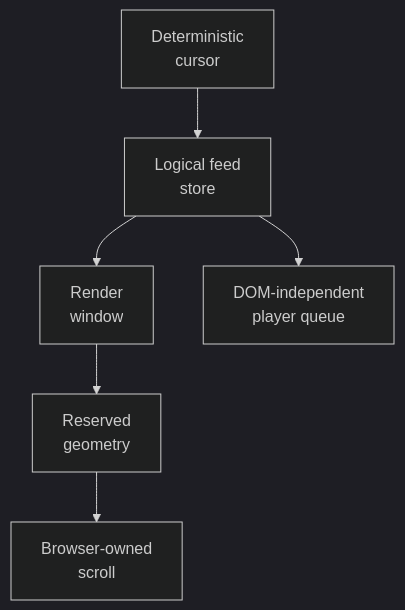
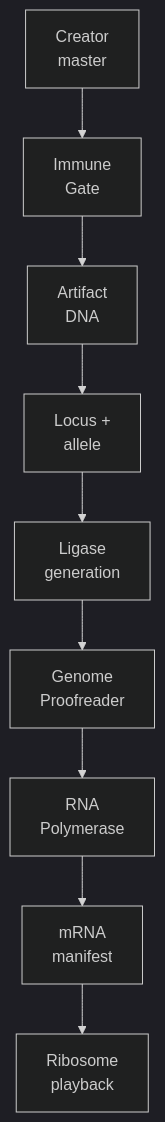
Before and after one commit to wilderruiz/millenova-project: the second of 3 diagrams in docs/ENGINEERING_OVERVIEW.md, drawn with Mermaid (dark theme). The commit also changed other lines of this file, not shown here.

````diff
--- a/docs/ENGINEERING_OVERVIEW.md
+++ b/docs/ENGINEERING_OVERVIEW.md
@@ -78,8 +104,11 @@
 ```mermaid
 flowchart TD
-    CURSOR["Deterministic<br/>cursor"] --> STORE["Logical feed<br/>store"]
-    STORE --> WINDOW["Render<br/>window"]
-    WINDOW --> GEOM["Reserved<br/>geometry"]
-    GEOM --> NATIVE["Browser-owned<br/>scroll"]
-    STORE --> PLAYER["DOM-independent<br/>player queue"]
+    MASTER["Creator<br/>master"] --> GATE["Immune<br/>Gate"]
+    GATE --> DNA["Artifact<br/>DNA"]
+    DNA --> LOCUS["Locus +<br/>allele"]
+    LOCUS --> GEN["Ligase<br/>generation"]
+    GEN --> PROOF["Genome<br/>Proofreader"]
+    PROOF --> RNA["RNA<br/>Polymerase"]
+    RNA --> MRNA["mRNA<br/>manifest"]
+    MRNA --> PLAY["Ribosome<br/>playback"]
 ```
````
